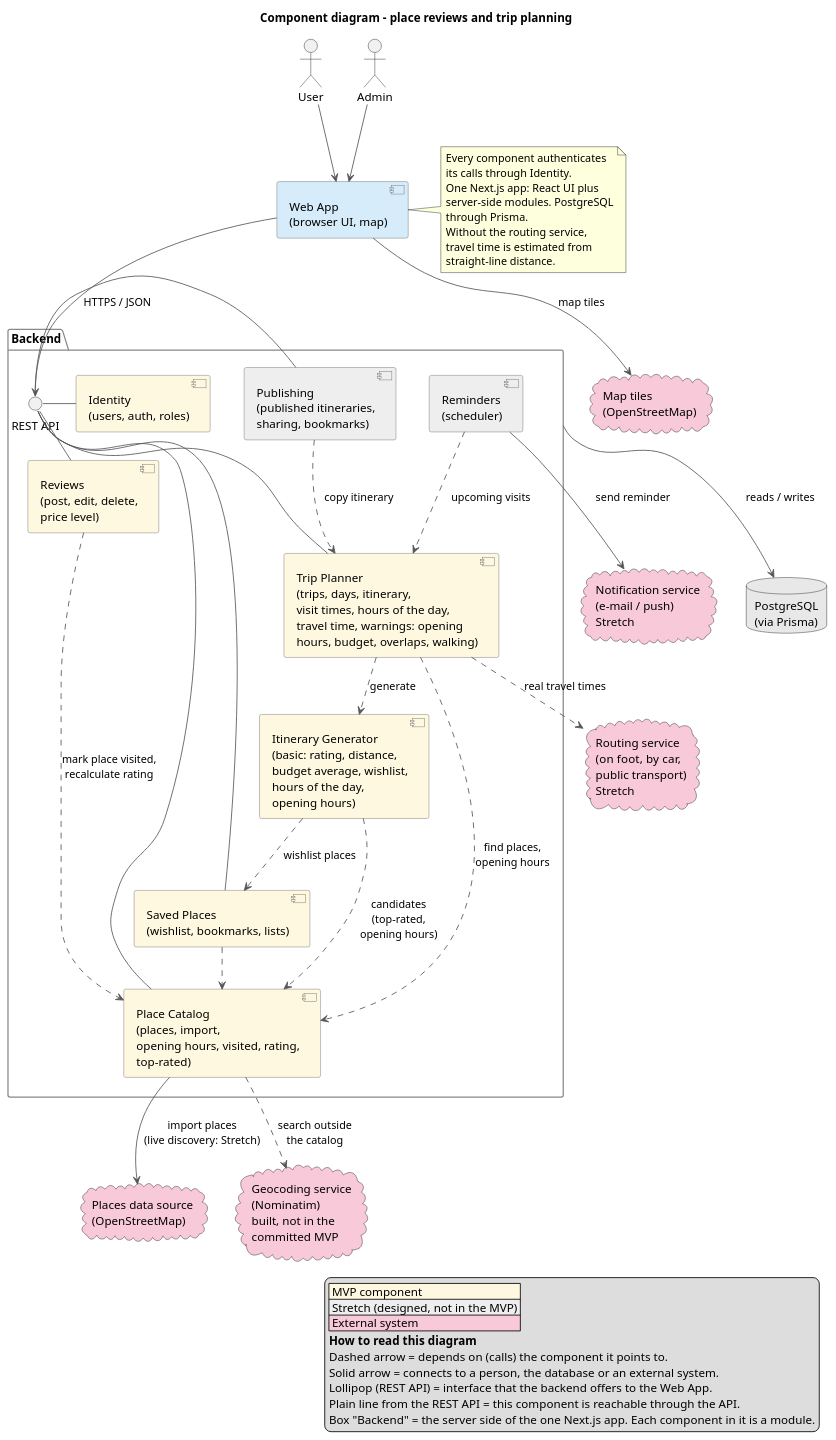
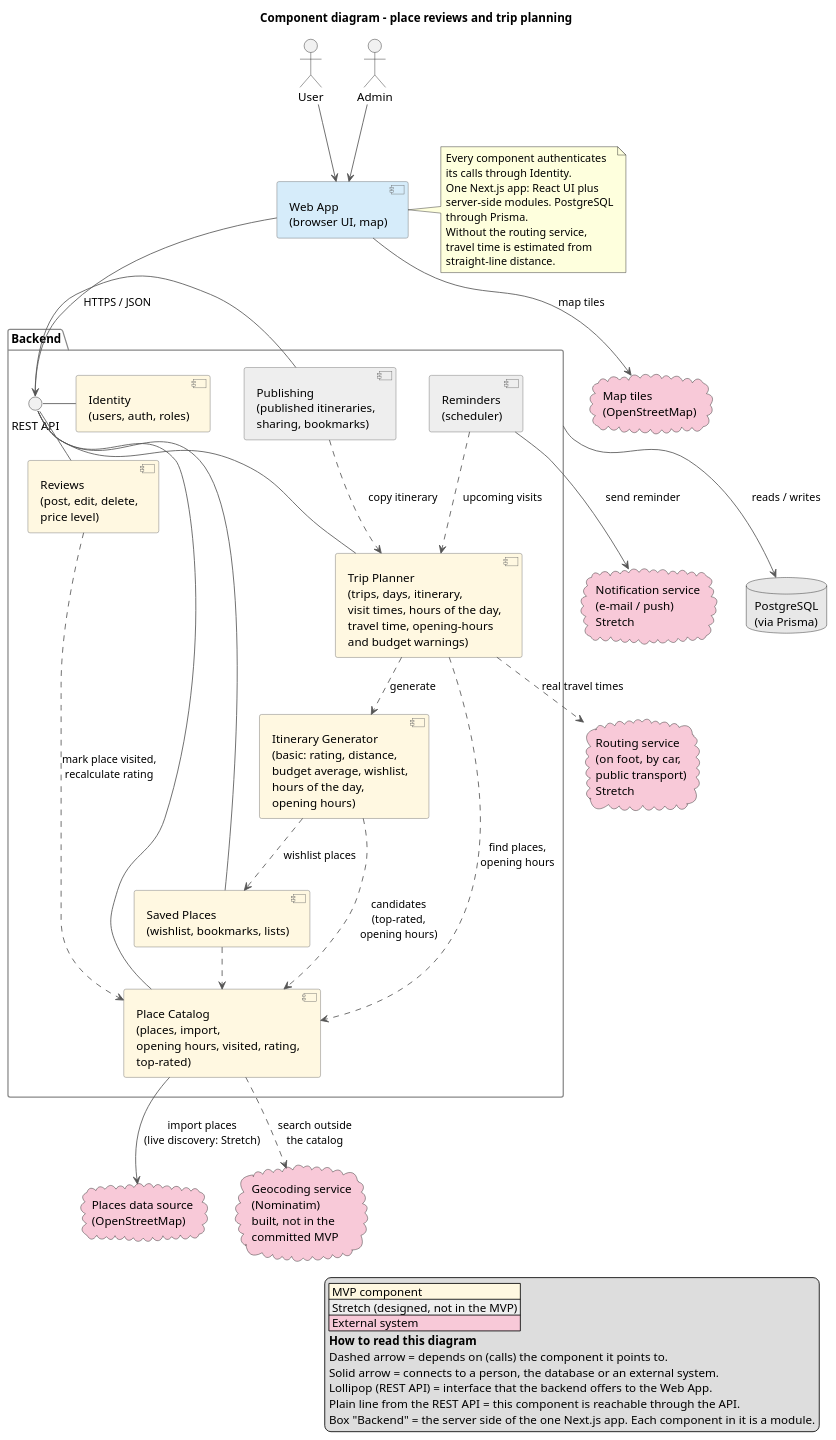
One commit to MESW-LES-2627/les-project-group-7 changed the diagram in docs/design/component-diagram.puml. Above: the diagram before and after it, drawn with PlantUML. The commit also changed 8 other files, not shown here.

First line of the commit message:
Put overlap and walking warnings back in Stretch; keep public transport in S2

```diff
--- a/docs/design/component-diagram.puml
+++ b/docs/design/component-diagram.puml
@@ -1,92 +1,92 @@
 @startuml component-diagram
 title Component diagram – place reviews and trip planning
 skinparam shadowing false
 skinparam componentStyle uml2
 skinparam nodesep 40
 skinparam ranksep 50
 skinparam ArrowColor #555555
 skinparam component {
   BackgroundColor #FFF8E1
   BorderColor #666666
 }
 skinparam package {
   BorderColor #888888
 }
 
 legend right
   |<#FFF8E1> MVP component |
   |<#EEEEEE> Stretch (designed, not in the MVP) |
   |<#F8C9D8> External system |
   **How to read this diagram**
   Dashed arrow = depends on (calls) the component it points to.
   Solid arrow = connects to a person, the database or an external system.
   Lollipop (REST API) = interface that the backend offers to the Web App.
   Plain line from the REST API = this component is reachable through the API.
   Box "Backend" = the server side of the one Next.js app. Each component in it is a module.
 endlegend
 
 actor "User" as user
 actor "Admin" as admin
 
 component "Web App\n(browser UI, map)" as web #D6ECFA
 
 package "Backend" as backend {
   interface "REST API" as api
 
   component "Identity\n(users, auth, roles)" as identity
   component "Place Catalog\n(places, import,\nopening hours, visited, rating,\ntop-rated)" as catalog
   component "Reviews\n(post, edit, delete,\nprice level)" as reviews
   component "Saved Places\n(wishlist, bookmarks, lists)" as saved
-  component "Trip Planner\n(trips, days, itinerary,\nvisit times, hours of the day,\ntravel time, warnings: opening\nhours, budget, overlaps, walking)" as planner
+  component "Trip Planner\n(trips, days, itinerary,\nvisit times, hours of the day,\ntravel time, opening-hours\nand budget warnings)" as planner
   component "Itinerary Generator\n(basic: rating, distance,\nbudget average, wishlist,\nhours of the day,\nopening hours)" as generator
   component "Publishing\n(published itineraries,\nsharing, bookmarks)" as publishing #EEEEEE
   component "Reminders\n(scheduler)" as reminders #EEEEEE
 }
 
 database "PostgreSQL\n(via Prisma)" as db #E8E8E8
 
 cloud "Places data source\n(OpenStreetMap)" as places #F8C9D8
 cloud "Map tiles\n(OpenStreetMap)" as tiles #F8C9D8
 cloud "Routing service\n(on foot, by car,\npublic transport)\nStretch" as routing #F8C9D8
 cloud "Geocoding service\n(Nominatim)\nbuilt, not in the\ncommitted MVP" as geocoding #F8C9D8
 cloud "Notification service\n(e-mail / push)\nStretch" as notif #F8C9D8
 
 user --> web
 admin --> web
 web --> api : HTTPS / JSON
 web --> tiles : map tiles
 api - identity
 api - catalog
 api - reviews
 api - saved
 api - planner
 api - publishing
 
 reviews ..> catalog : mark place visited,\nrecalculate rating
 saved ..> catalog
 planner ..> catalog : find places,\nopening hours
 planner ..> generator : generate
 generator ..> catalog : candidates\n(top-rated,\nopening hours)
 generator ..> saved : wishlist places
 publishing ..> planner : copy itinerary
 reminders ..> planner : upcoming visits
 
 catalog --> places : import places\n(live discovery: Stretch)
 catalog ..> geocoding : search outside\nthe catalog
 planner ..> routing : real travel times
 reminders --> notif : send reminder
 
 
 backend --> db : reads / writes
 
 note right of web
   Every component authenticates
   its calls through Identity.
   One Next.js app: React UI plus
   server-side modules. PostgreSQL
   through Prisma.
   Without the routing service,
   travel time is estimated from
   straight-line distance.
 end note
 @enduml
```
